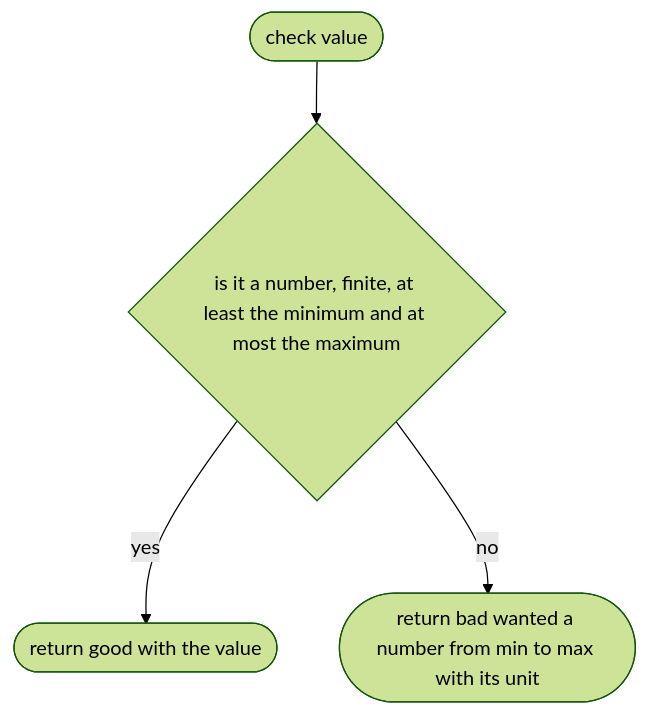
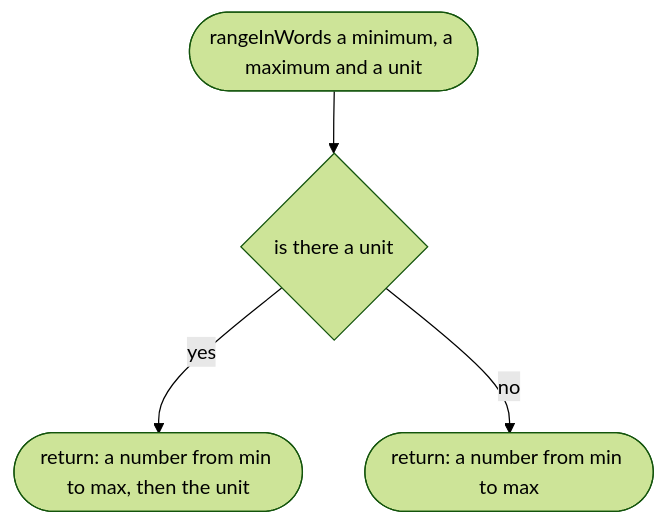
Before and after one commit to NewDara-Star/world-engine: diagram 13 of 37 in docs/designs/src/place/parse.md, drawn with Mermaid (forest theme). The commit also changed other lines of this file and 9 other files, not shown here.

````diff
--- a/docs/designs/src/place/parse.md
+++ b/docs/designs/src/place/parse.md
@@ -118,10 +194,10 @@
 ```mermaid
 flowchart TD
-  s(["check value"])
-  a{"is it a number, finite, at least the minimum and at most the maximum"}
-  b(["return good with the value"])
-  c(["return bad wanted a number from min to max with its unit"])
+  s(["rangeInWords a minimum, a maximum and a unit"])
+  a{"is there a unit"}
+  b(["return: a number from min to max, then the unit"])
+  c(["return: a number from min to max"])
   s --> a
   a -->|"yes"| b
   a -->|"no"| c
 ```
````
